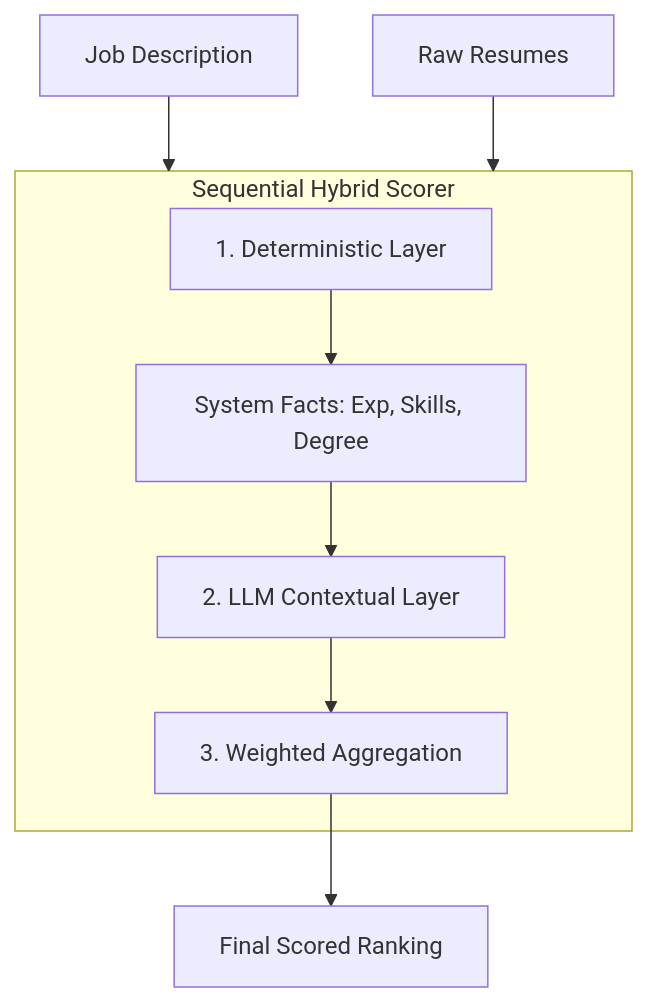
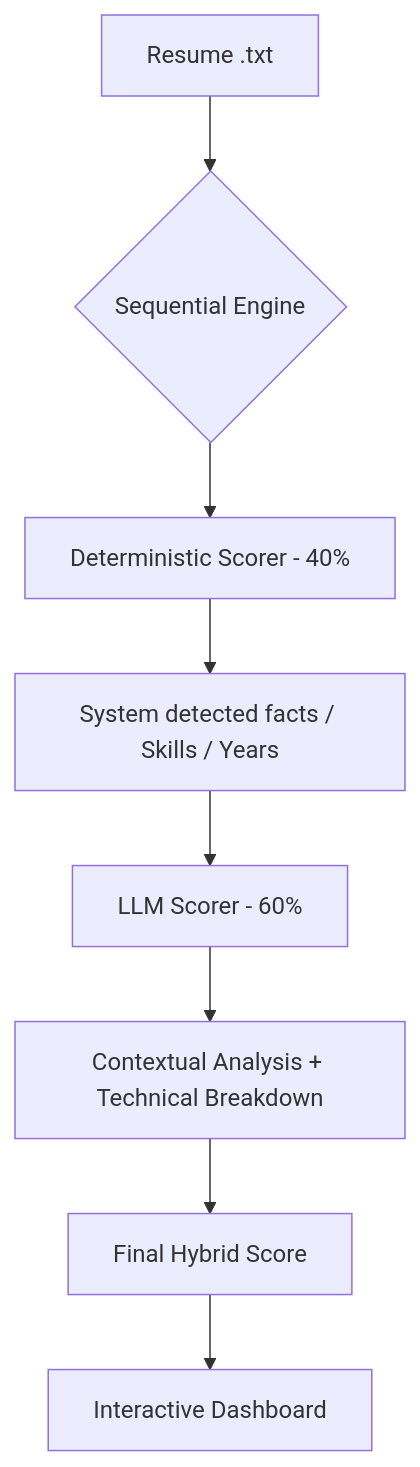
Before and after one commit to yashvoladoddi37/ema-resume-ranker: the diagram in README.md, drawn with Mermaid. The commit also changed other lines of this file and 1 other file, not shown here.

Commit message:
feat: transform into interactive demo with live metrics, resume uploads, and JD display

````diff
--- a/README.md
+++ b/README.md
@@ -19,13 +21,10 @@
 ```mermaid
 graph TD
-    JD[Job Description] --> Engine
-    Res[Raw Resumes] --> Engine
-    
-    subgraph Engine [Sequential Hybrid Scorer]
-        step1[1. Deterministic Layer] --> facts[System Facts: Exp, Skills, Degree]
-        facts --> step2[2. LLM Contextual Layer]
-        step2 --> hybrid[3. Weighted Aggregation]
-    end
-    
-    hybrid --> Ranking[Final Scored Ranking]
+    A[Resume .txt] --> B{Sequential Engine}
+    B --> C[Deterministic Scorer - 40%]
+    C --> D[System detected facts / Skills / Years]
+    D --> E[LLM Scorer - 60%]
+    E --> F[Contextual Analysis + Technical Breakdown]
+    F --> G[Final Hybrid Score]
+    G --> H[Interactive Dashboard]
 ```
````
